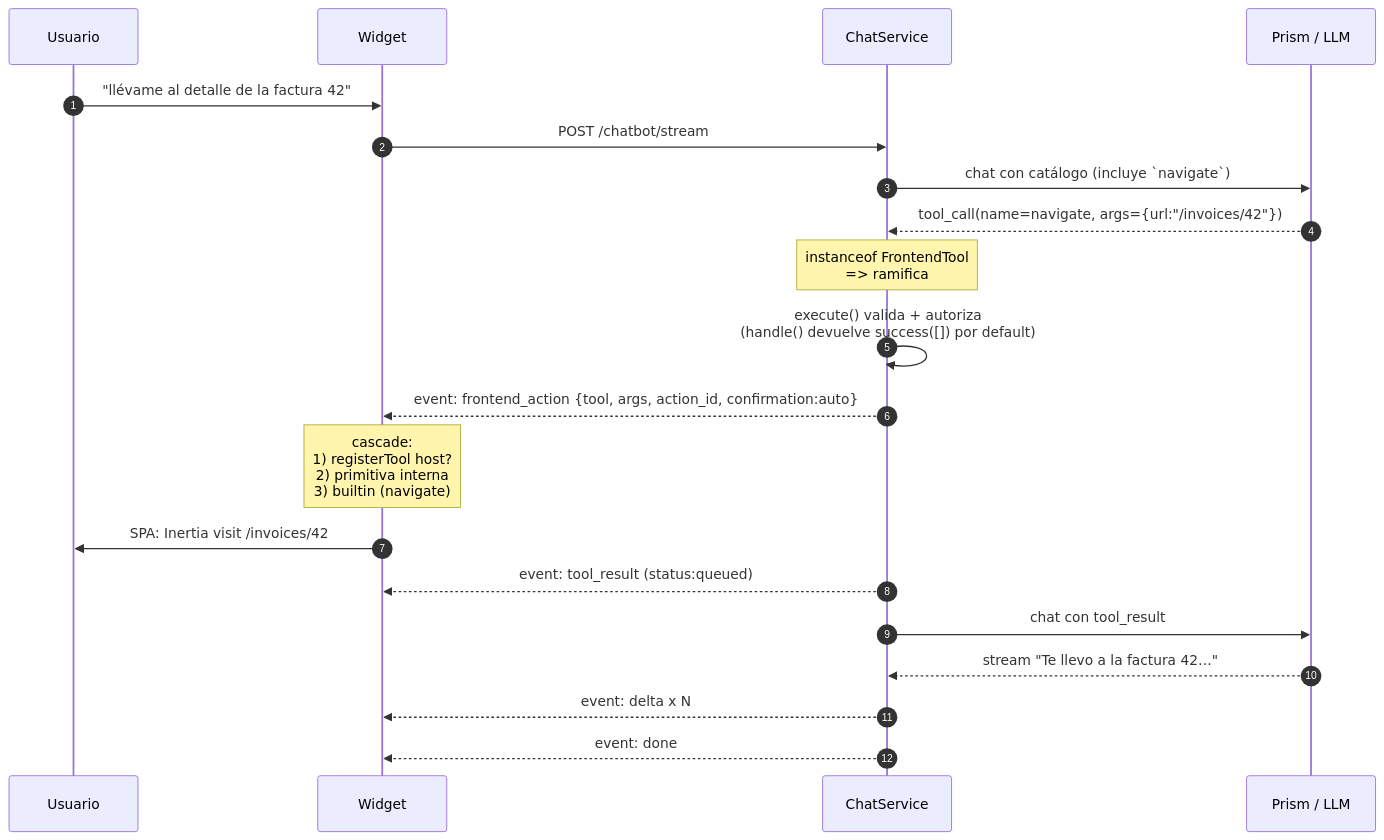
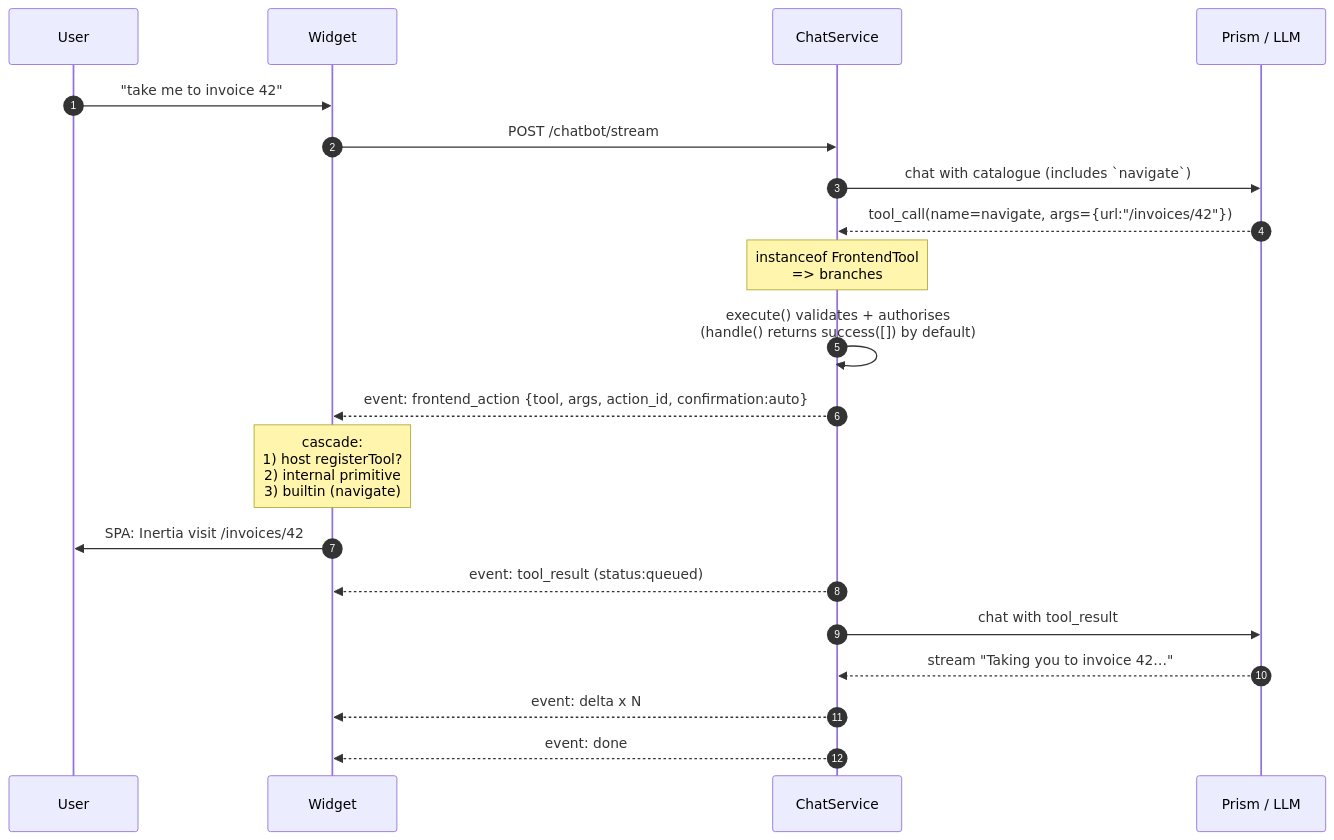
One commit to rnkr69/lara-chatbot changed the third of 4 diagrams in docs/getting-started.md. Above: the diagram before and after it, drawn with Mermaid. The commit also changed other lines of this file and 42 other files, not shown here.

````diff
--- a/docs/getting-started.md
+++ b/docs/getting-started.md
@@ -321,22 +317,22 @@
 ```mermaid
 sequenceDiagram
     autonumber
-    participant U as Usuario
+    participant U as User
     participant W as Widget
     participant S as ChatService
     participant L as Prism / LLM
-    U->>W: "llévame al detalle de la factura 42"
+    U->>W: "take me to invoice 42"
     W->>S: POST /chatbot/stream
-    S->>L: chat con catálogo (incluye `navigate`)
+    S->>L: chat with catalogue (includes `navigate`)
     L-->>S: tool_call(name=navigate, args={url:"/invoices/42"})
-    Note over S: instanceof FrontendTool<br/>=> ramifica
-    S->>S: execute() valida + autoriza<br/>(handle() devuelve success([]) por default)
+    Note over S: instanceof FrontendTool<br/>=> branches
+    S->>S: execute() validates + authorises<br/>(handle() returns success([]) by default)
     S-->>W: event: frontend_action {tool, args, action_id, confirmation:auto}
-    Note over W: cascade:<br/>1) registerTool host?<br/>2) primitiva interna<br/>3) builtin (navigate)
+    Note over W: cascade:<br/>1) host registerTool?<br/>2) internal primitive<br/>3) builtin (navigate)
     W->>U: SPA: Inertia visit /invoices/42
     S-->>W: event: tool_result (status:queued)
-    S->>L: chat con tool_result
-    L-->>S: stream "Te llevo a la factura 42…"
+    S->>L: chat with tool_result
+    L-->>S: stream "Taking you to invoice 42…"
     S-->>W: event: delta x N
     S-->>W: event: done
 ```
````
